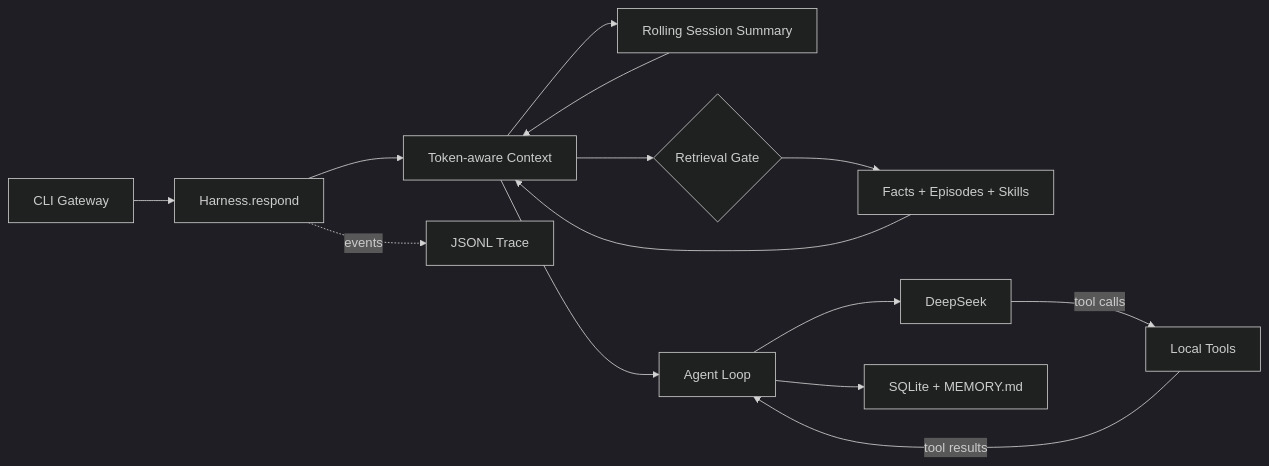
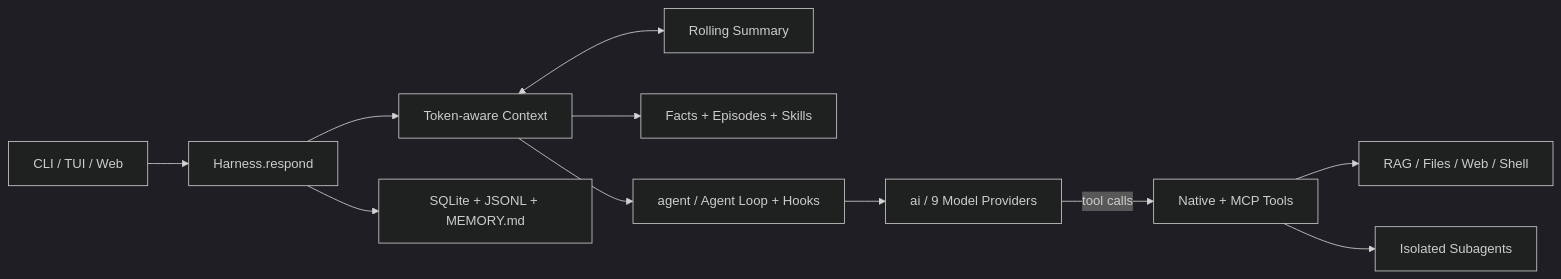
Before and after one commit to leishimin15-cloud/lsm-harness: the diagram in README.md, drawn with Mermaid (dark theme). The commit also changed other lines of this file and 108 other files, not shown here.

````diff
--- a/README.md
+++ b/README.md
@@ -14,16 +16,13 @@
 ```mermaid
 flowchart LR
-  CLI["CLI Gateway"] --> H["Harness.respond"]
+  G["CLI / TUI / Web"] --> H["Harness.respond"]
   H --> C["Token-aware Context"]
-  C --> S["Rolling Session Summary"]
-  S --> C
-  C --> G{"Retrieval Gate"}
-  G --> M["Facts + Episodes + Skills"]
-  M --> C
-  C --> L["Agent Loop"]
-  L --> D["DeepSeek"]
-  D -->|tool calls| T["Local Tools"]
-  T -->|tool results| L
-  L --> P["SQLite + MEMORY.md"]
-  H -. events .-> X["JSONL Trace"]
+  C <--> S["Rolling Summary"]
+  C --> M["Facts + Episodes + Skills"]
+  C --> L["agent / Agent Loop + Hooks"]
+  L --> P["ai / 9 Model Providers"]
+  P -->|tool calls| T["Native + MCP Tools"]
+  T --> R["RAG / Files / Web / Shell"]
+  T --> A["Isolated Subagents"]
+  H --> D["SQLite + JSONL + MEMORY.md"]
 ```
````
